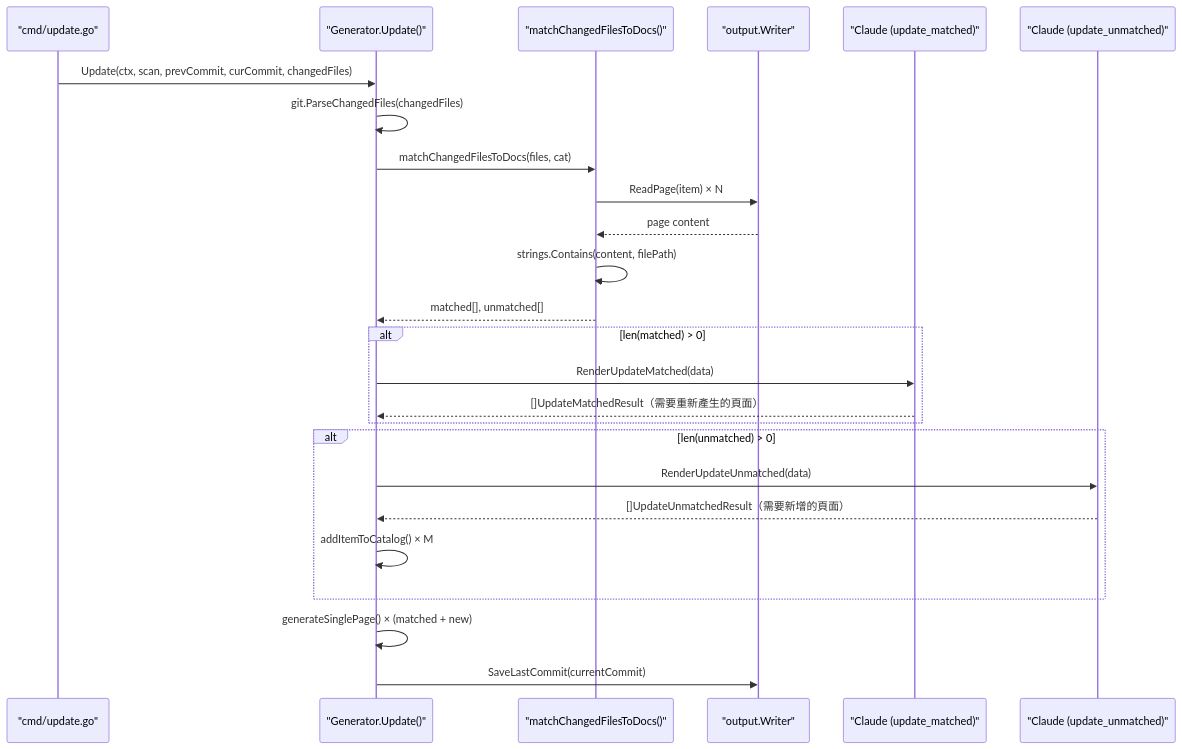
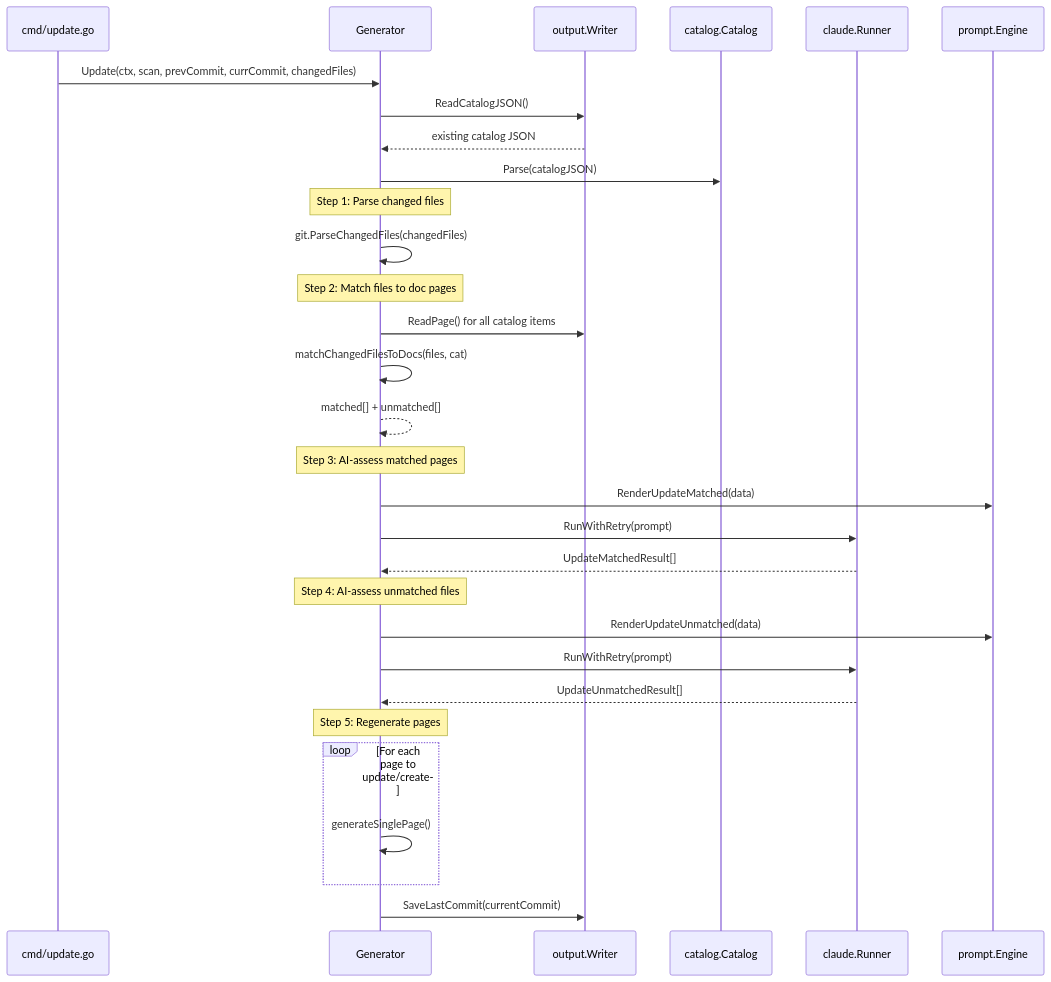
One commit to monkenWu/selfmd-claude-code changed the second of 2 diagrams in docs/git-integration/affected-pages/index.md. Above: the diagram before and after it, drawn with Mermaid. The commit also changed other lines of this file and 145 other files, not shown here.

````diff
--- a/docs/git-integration/affected-pages/index.md
+++ b/docs/git-integration/affected-pages/index.md
@@ -250,31 +227,39 @@
 ```mermaid
 sequenceDiagram
-    participant Cmd as "cmd/update.go"
-    participant Gen as "Generator.Update()"
-    participant Match as "matchChangedFilesToDocs()"
-    participant Writer as "output.Writer"
-    participant ClaudeM as "Claude (update_matched)"
-    participant ClaudeU as "Claude (update_unmatched)"
+    participant Cmd as cmd/update.go
+    participant Gen as Generator
+    participant Writer as output.Writer
+    participant Cat as catalog.Catalog
+    participant Claude as claude.Runner
+    participant Engine as prompt.Engine
 
-    Cmd->>Gen: Update(ctx, scan, prevCommit, curCommit, changedFiles)
+    Cmd->>Gen: Update(ctx, scan, prevCommit, currCommit, changedFiles)
+    Gen->>Writer: ReadCatalogJSON()
+    Writer-->>Gen: existing catalog JSON
+    Gen->>Cat: Parse(catalogJSON)
+
+    Note over Gen: Step 1: Parse changed files
     Gen->>Gen: git.ParseChangedFiles(changedFiles)
-    Gen->>Match: matchChangedFilesToDocs(files, cat)
-    Match->>Writer: ReadPage(item) × N
-    Writer-->>Match: page content
-    Match->>Match: strings.Contains(content, filePath)
-    Match-->>Gen: matched[], unmatched[]
 
-    alt len(matched) > 0
-        Gen->>ClaudeM: RenderUpdateMatched(data)
-        ClaudeM-->>Gen: []UpdateMatchedResult（需要重新產生的頁面）
+    Note over Gen: Step 2: Match files to doc pages
+    Gen->>Writer: ReadPage() for all catalog items
+    Gen->>Gen: matchChangedFilesToDocs(files, cat)
+    Gen-->>Gen: matched[] + unmatched[]
+
+    Note over Gen: Step 3: AI-assess matched pages
+    Gen->>Engine: RenderUpdateMatched(data)
+    Gen->>Claude: RunWithRetry(prompt)
+    Claude-->>Gen: UpdateMatchedResult[]
+
+    Note over Gen: Step 4: AI-assess unmatched files
+    Gen->>Engine: RenderUpdateUnmatched(data)
+    Gen->>Claude: RunWithRetry(prompt)
+    Claude-->>Gen: UpdateUnmatchedResult[]
+
+    Note over Gen: Step 5: Regenerate pages
+    loop For each page to update/create
+        Gen->>Gen: generateSinglePage()
     end
 
-    alt len(unmatched) > 0
-        Gen->>ClaudeU: RenderUpdateUnmatched(data)
-        ClaudeU-->>Gen: []UpdateUnmatchedResult（需要新增的頁面）
-        Gen->>Gen: addItemToCatalog() × M
-    end
-
-    Gen->>Gen: generateSinglePage() × (matched + new)
     Gen->>Writer: SaveLastCommit(currentCommit)
 ```
````
